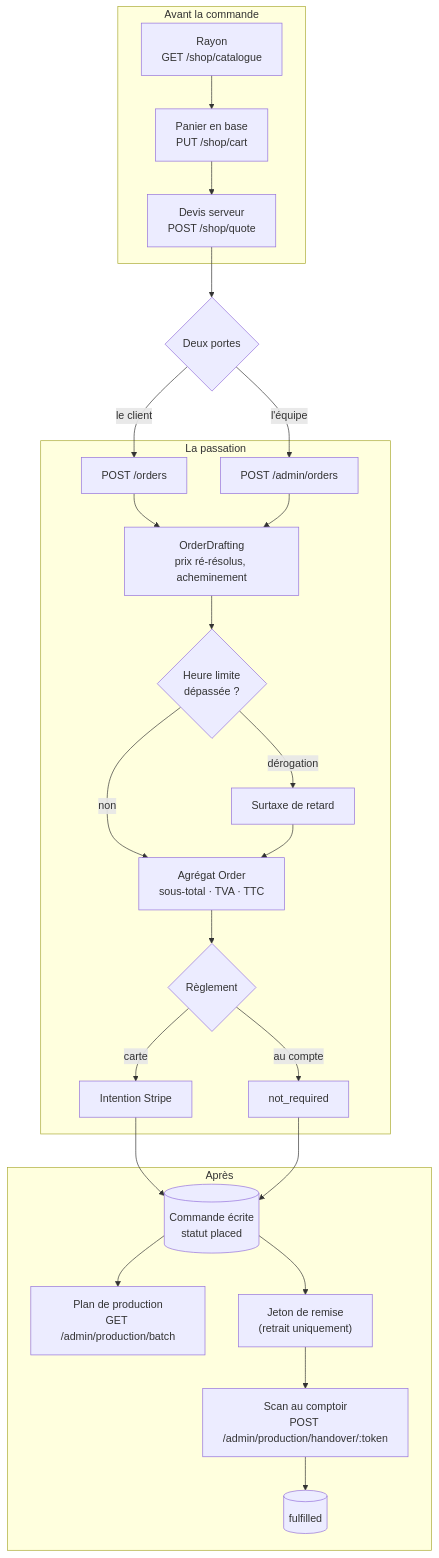
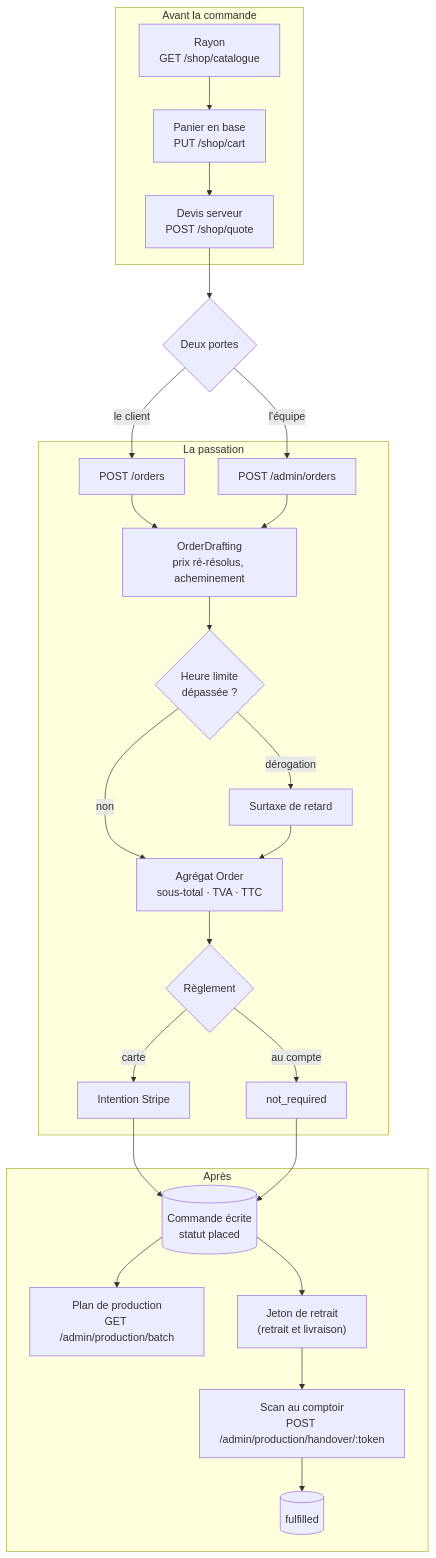
The diagram in documentation/order/README.md (hugoheynard/lfd), drawn with Mermaid before and after one commit. The commit also changed other lines of this file and 62 other files, not shown here.

````diff
--- a/documentation/order/README.md
+++ b/documentation/order/README.md
@@ -17,33 +22,33 @@
 ```mermaid
 flowchart TD
   subgraph Avant["Avant la commande"]
     Rayon["Rayon<br/>GET /shop/catalogue"] --> Panier["Panier en base<br/>PUT /shop/cart"]
     Panier --> Devis["Devis serveur<br/>POST /shop/quote"]
   end
 
   Devis --> Portes{"Deux portes"}
   Portes -->|le client| Client["POST /orders"]
   Portes -->|l'équipe| Staff["POST /admin/orders"]
 
   subgraph Passation["La passation"]
     Client --> Compose["OrderDrafting<br/>prix ré-résolus, acheminement"]
     Staff --> Compose
     Compose --> Limite{"Heure limite<br/>dépassée ?"}
     Limite -->|dérogation| Surtaxe["Surtaxe de retard"]
     Limite -->|non| Agregat
     Surtaxe --> Agregat["Agrégat Order<br/>sous-total · TVA · TTC"]
     Agregat --> Reglement{"Règlement"}
     Reglement -->|carte| Intent["Intention Stripe"]
     Reglement -->|au compte| Differe["not_required"]
   end
 
   Intent --> Ecrite[("Commande écrite<br/>statut placed")]
   Differe --> Ecrite
 
   subgraph Apres["Après"]
     Ecrite --> Prod["Plan de production<br/>GET /admin/production/batch"]
-    Ecrite --> QR["Jeton de remise<br/>(retrait uniquement)"]
+    Ecrite --> QR["Jeton de retrait<br/>(retrait et livraison)"]
     QR --> Scan["Scan au comptoir<br/>POST /admin/production/handover/:token"]
     Scan --> Fulfilled[("fulfilled")]
   end
 ```
````
